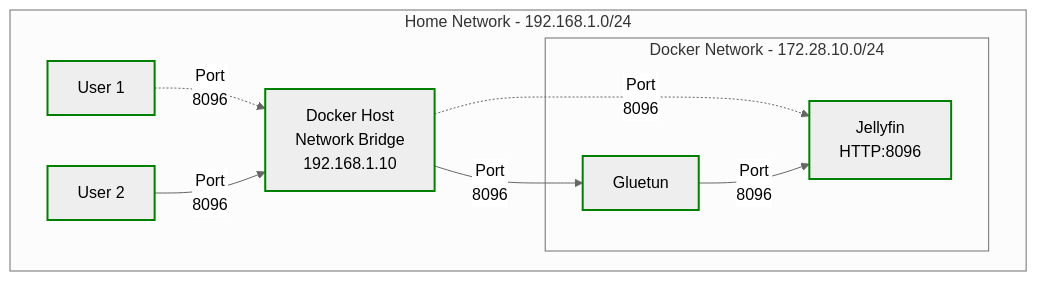
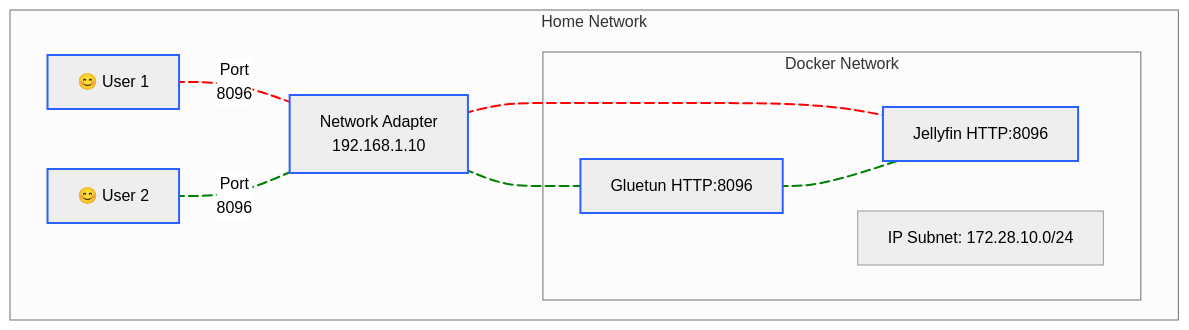
Before and after one commit to avnit/mediastack: the fourth of 6 diagrams in base-working-files/README.md, drawn with Mermaid (neutral theme). The commit also changed other lines of this file and 4 other files, not shown here.

Commit message:
Update network architecture diagrams

````diff
--- a/base-working-files/README.md
+++ b/base-working-files/README.md
@@ -416,21 +595,44 @@
 ``` mermaid
-graph TB
-    subgraph HomeNet[<center>Home Network - 192.168.1.0/24</center>]
-        1[<center>User 1</center>]-.-> | Port</br>8096 | NIC
-        2[<center>User 2</center>]-->| Port</br>8096 | NIC
-        NIC -.-> | Port</br>8096 | Jellyfin
-        NIC[<center>Docker Host</br>Network Bridge</br>192.168.1.10</center>] --> | Port</br>8096 | Gluetun
+flowchart TB
+  subgraph HomeNet["Home Network"]
+    user1
+    user2
+    NIC
+    subgraph DockerNet["Docker Network"]
+      Gluetun
+      Jellyfin
+      Label@{ label: "<div style=\"color:\"><span style=\"color:\">IP Subnet: 172.28.10.0/24</span></div>" }
+    end
+  Gluetun
+  end
 
-        subgraph DockerNet[<center>Docker Network - 172.28.10.0/24</center>]
-            Gluetun
-            Jellyfin[<center>Jellyfin</br>HTTP:8096</center>]
-        end
-    Gluetun --> | Port</br>8096 | Jellyfin
-    end
+  user1     user1_NIC@         -- Port</br>8096 --- NIC
+  user2     user2_NIC@         -- Port</br>8096 --- NIC
+  NIC       NIC_Jellyfin@      --- Jellyfin
+  NIC       NIC_Gluetun@       --- Gluetun
+  Gluetun   Gluetun_Jellyfin@  --- Jellyfin
 
-style 1 stroke:green,stroke-width:2px
-style 2 stroke:green,stroke-width:2px
-style NIC stroke:green,stroke-width:2px
-style Gluetun stroke:green,stroke-width:2px
-style Jellyfin stroke:green,stroke-width:2px
+  user1["😊 User 1"]
+  user2["😊 User 2"]
+  NIC["Network Adapter<p>192.168.1.10"]
+  Gluetun["Gluetun HTTP:8096"]
+  Jellyfin["Jellyfin HTTP:8096"]
+  
+  style user1     stroke:#2962FF,   stroke-width:2px
+  style user2     stroke:#2962FF,   stroke-width:2px
+  style NIC       stroke:#2962FF,   stroke-width:2px
+  style Gluetun   stroke:#2962FF,   stroke-width:2px
+  style Jellyfin  stroke:#2962FF,   stroke-width:2px
+
+  linkStyle 0     stroke:red,       stroke-width:2px,  stroke-dasharray:5
+  linkStyle 1     stroke:green,     stroke-width:2px,  stroke-dasharray:5
+  linkStyle 2     stroke:red,       stroke-width:2px,  stroke-dasharray:5
+  linkStyle 3     stroke:green,     stroke-width:2px,  stroke-dasharray:5
+  linkStyle 4     stroke:green,     stroke-width:2px,  stroke-dasharray:5
+
+  user1_NIC@{        animation: slow }
+  user2_NIC@{        animation: fast }
+  NIC_Jellyfin@{     animation: slow }
+  NIC_Gluetun@{      animation: fast }
+  Gluetun_Jellyfin@{ animation: fast }
 ```
````
